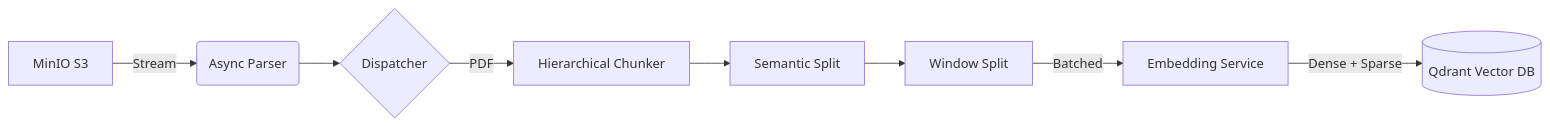
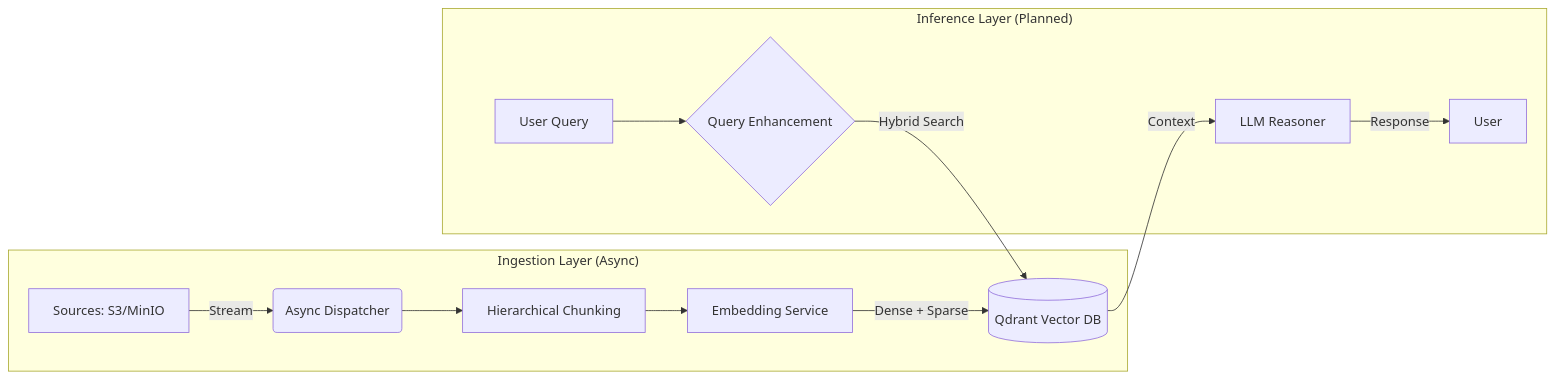
The diagram in README.md (jwojci/jarvis), drawn with Mermaid before and after one commit. The commit also changed other lines of this file, not shown here.

`````diff
--- a/README.md
+++ b/README.md
@@ -13,10 +13,16 @@
 ```mermaid
 graph LR
-    A[MinIO S3] -->|Stream| B(Async Parser)
-    B --> C{Dispatcher}
-    C -->|PDF| D[Hierarchical Chunker]
-    D --> E[Semantic Split]
-    E --> F[Window Split]
-    F -->|Batched| G[Embedding Service]
-    G -->|Dense + Sparse| H[(Qdrant Vector DB)]
+    subgraph Ingestion["Ingestion Layer (Async)"]
+        A[Sources: S3/MinIO] -->|Stream| B(Async Dispatcher)
+        B --> C[Hierarchical Chunking]
+        C --> D[Embedding Service]
+        D -->|Dense + Sparse| E[(Qdrant Vector DB)]
+    end
+
+    subgraph Inference["Inference Layer (Planned)"]
+        Q[User Query] --> H{Query Enhancement}
+        H -->|Hybrid Search| E
+        E -->|Context| G[LLM Reasoner]
+        G -->|Response| U[User]
+    end
 ````
`````
